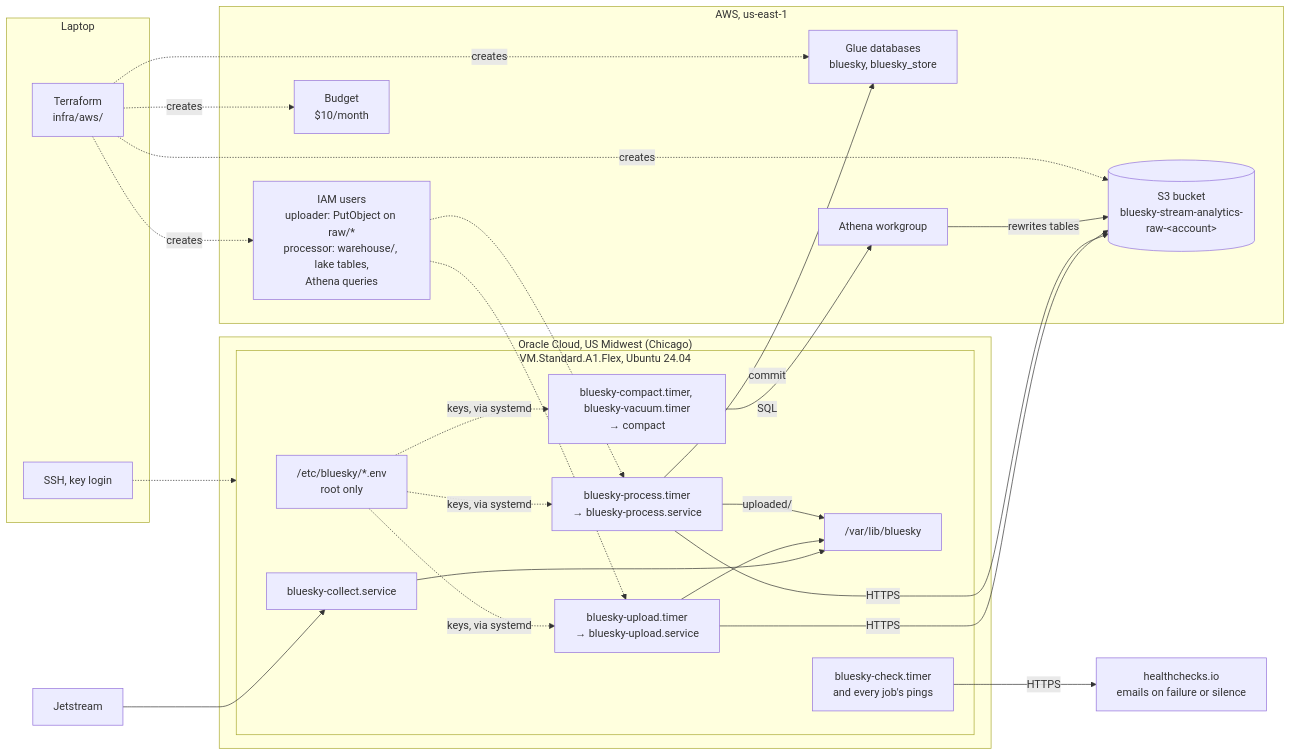
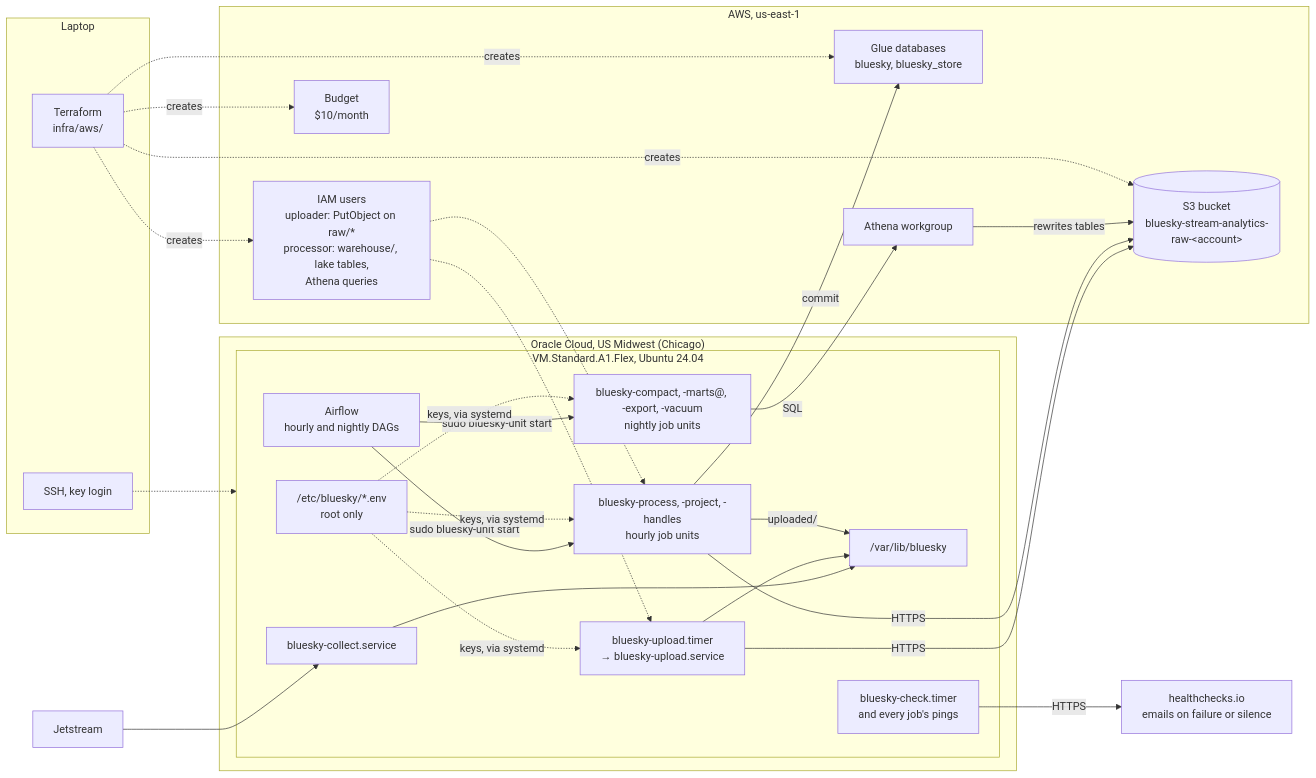
One commit to dhirajkk91/bluesky-stream-analytics changed the diagram in docs/architectures/infrastructure.md. Above: the diagram before and after it, drawn with Mermaid. The commit also changed other lines of this file and 40 other files, not shown here.

First line of the commit message:
Orchestrates the hourly and nightly jobs with Airflow

````diff
--- a/docs/architectures/infrastructure.md
+++ b/docs/architectures/infrastructure.md
@@ -9,50 +9,53 @@
 ```mermaid
 flowchart LR
     subgraph Laptop["Laptop"]
         TF["Terraform<br/>infra/aws/"]
         SSH["SSH, key login"]
     end
 
     subgraph OCI["Oracle Cloud, US Midwest (Chicago)"]
         subgraph VM["VM.Standard.A1.Flex, Ubuntu 24.04"]
             C["bluesky-collect.service"]
             U["bluesky-upload.timer<br/>→ bluesky-upload.service"]
-            P["bluesky-process.timer<br/>→ bluesky-process.service"]
-            K["bluesky-compact.timer, bluesky-vacuum.timer<br/>→ compact"]
+            AF["Airflow<br/>hourly and nightly DAGs"]
+            P["bluesky-process, -project, -handles<br/>hourly job units"]
+            K["bluesky-compact, -marts@, -export, -vacuum<br/>nightly job units"]
             D["/var/lib/bluesky"]
             E["/etc/bluesky/*.env<br/>root only"]
             CH["bluesky-check.timer<br/>and every job's pings"]
         end
     end
 
     HC["healthchecks.io<br/>emails on failure or silence"]
 
     subgraph AWS["AWS, us-east-1"]
         S3[("S3 bucket<br/>bluesky-stream-analytics-raw-&lt;account&gt;")]
         IAM["IAM users<br/>uploader: PutObject on raw/*<br/>processor: warehouse/, lake tables,<br/>Athena queries"]
         GL["Glue databases<br/>bluesky, bluesky_store"]
         AT["Athena workgroup"]
         B["Budget<br/>$10/month"]
     end
 
     J["Jetstream"] --> C
+    AF -->|"sudo bluesky-unit start"| P
+    AF -->|"sudo bluesky-unit start"| K
     C --> D
     U --> D
     E -.->|"keys, via systemd"| U
     E -.->|"keys, via systemd"| P
     U -->|"HTTPS"| S3
     P -->|"uploaded/"| D
     P -->|"HTTPS"| S3
     P -->|"commit"| GL
     E -.->|"keys, via systemd"| K
     K -->|"SQL"| AT
     AT -->|"rewrites tables"| S3
     IAM -.-> U
     IAM -.-> P
     TF -.->|creates| S3
     TF -.->|creates| IAM
     TF -.->|creates| B
     TF -.->|creates| GL
     SSH -.-> VM
     CH -->|"HTTPS"| HC
 ```
````
